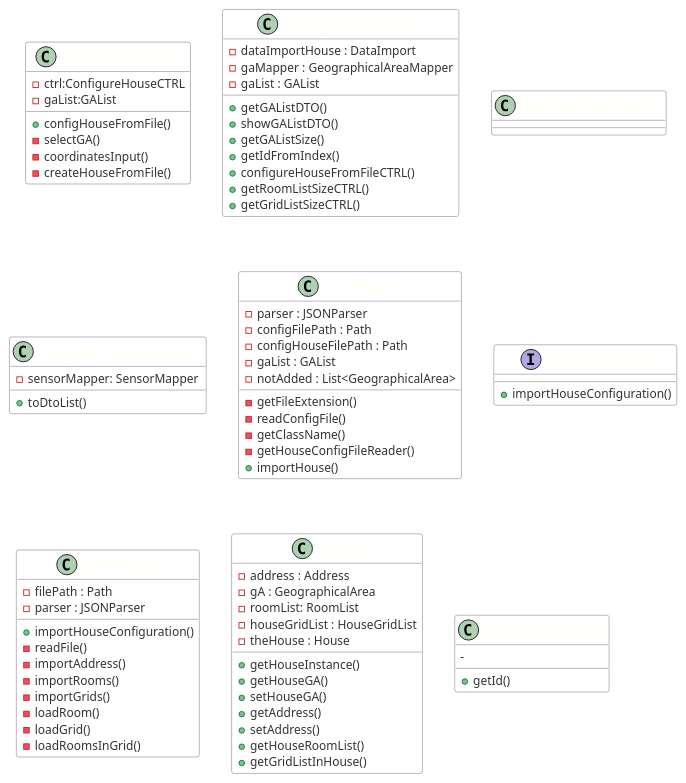
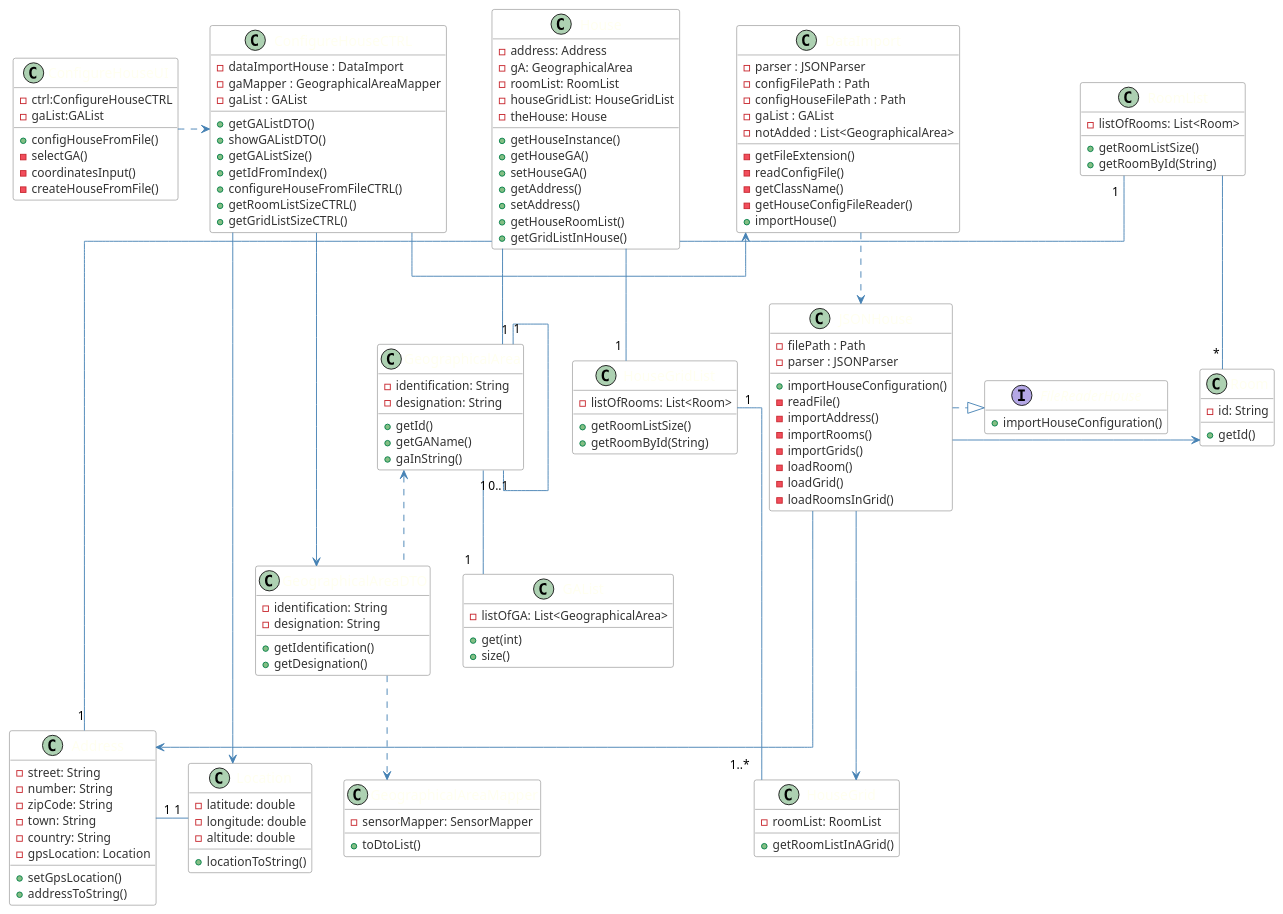
One commit to emanuel-pereira/hou changed the diagram in src/main/java/smarthome/controller/classDiagrams/cd_ConfigureHouseFromFile.puml. Above: the diagram before and after it, drawn with PlantUML. The commit also changed 2 other files, not shown here.

Commit message:
Fix #148: Finished the sequence diagram sd_ConfigureHouseFromFile for US100 Fix #160: Created class diagram cd_ConfigureHouseFromFile for US100

```diff
--- a/src/main/java/smarthome/controller/classDiagrams/cd_ConfigureHouseFromFile.puml
+++ b/src/main/java/smarthome/controller/classDiagrams/cd_ConfigureHouseFromFile.puml
@@ -1,111 +1,187 @@
 @startuml
+skinparam linetype ortho
+hide empty members
 
 skinparam class {
 	ArrowColor SteelBlue
 	BorderColor Dimgray
 	HeaderBackgroundColor SteelBlue
 	BackgroundColor White
 	FontName Calibri bold
 	AttributeFontColor #333
 	AttributeFontName Calibri
 	AttributeFontSize 13
 	FontColor Ivory
 	FontSize 15
 }
 
 'UI
 class ConfigureHouseUI {
 - ctrl:ConfigureHouseCTRL
 - gaList:GAList
 
 + configHouseFromFile()
 - selectGA()
 - coordinatesInput()
 - createHouseFromFile()
 }
 
 'CONTROLLER
 class ConfigureHouseCTRL {
 - dataImportHouse : DataImport
 - gaMapper : GeographicalAreaMapper
 - gaList : GAList
-
 + getGAListDTO()
 + showGAListDTO()
 + getGAListSize()
 + getIdFromIndex()
 + configureHouseFromFileCTRL()
 + getRoomListSizeCTRL()
 + getGridListSizeCTRL()
 }
 
 'DTO
 class GeographicalAreaDTO{
+- identification: String
+- designation: String
++ getIdentification()
++ getDesignation()
 }
 
 'MAPPER
 class GeographicalAreaMapper {
 - sensorMapper: SensorMapper
-
 + toDtoList()
 }
 
 'MODEL.READERS
 class DataImport{
 - parser : JSONParser
 - configFilePath : Path
 - configHouseFilePath : Path
 - gaList : GAList
 - notAdded : List<GeographicalArea>
-
 - getFileExtension()
 - readConfigFile()
 - getClassName()
 - getHouseConfigFileReader()
 + importHouse()
 }
 
 interface FileReaderHouse {
 + importHouseConfiguration()
 }
 
 class JSONHouse {
 - filePath : Path
 - parser : JSONParser
 
 + importHouseConfiguration()
 - readFile()
 - importAddress()
 - importRooms()
 - importGrids()
 - loadRoom()
 - loadGrid()
 - loadRoomsInGrid()
 }
 
 'MODEL
+class GAList{
+- listOfGA: List<GeographicalArea>
++ get(int)
++ size()
+}
+
+class GeographicalArea{
+ - identification: String
+ - designation: String
+ + getId()
+ + getGAName()
+ + gaInString()
+
+ }
+
 class House {
-- address : Address
-- gA : GeographicalArea
+- address: Address
+- gA: GeographicalArea
 - roomList: RoomList
-- houseGridList : HouseGridList
-- theHouse : House
-
+- houseGridList: HouseGridList
+- theHouse: House
 + getHouseInstance()
 + getHouseGA()
 + setHouseGA()
 + getAddress()
 + setAddress()
 + getHouseRoomList()
 + getGridListInHouse()
 }
 
-class GeographicalArea(){
--
+class RoomList {
+- listOfRooms: List<Room>
++ getRoomListSize()
++ getRoomById(String)
+}
 
+class Room{
+- id: String
 + getId()
+}
 
+class HouseGridList {
+- listOfRooms: List<Room>
++ getRoomListSize()
++ getRoomById(String)
+}
+
+class HouseGrid {
+- roomList: RoomList
++ getRoomListInAGrid()
 }
 
 
+ class Address{
+ - street: String
+ - number: String
+ - zipCode: String
+ - town: String
+ - country: String
+ - gpsLocation: Location
++ setGpsLocation()
++ addressToString()
+ }
+
+class Location{
+- latitude: double
+- longitude: double
+- altitude: double
++ locationToString()
+}
+
+ConfigureHouseUI .> ConfigureHouseCTRL
+ConfigureHouseCTRL --> GeographicalAreaDTO
+ConfigureHouseCTRL --> Location
+ConfigureHouseCTRL -> DataImport
+DataImport ..> JSONHouse
+
+GeographicalArea"1" -- "1" GAList
+GeographicalArea "1"-- "0..1"GeographicalArea
+House -- "1" GeographicalArea
+House -- "1" Address
+Address"1" - "1"Location
+
+House - "1" RoomList
+RoomList -- "*" Room
+
+House -- "1"HouseGridList
+HouseGridList "1  " --- "1..*"HouseGrid
+
+GeographicalArea <.. GeographicalAreaDTO
+GeographicalAreaDTO ..> GeographicalAreaMapper
+
+JSONHouse .|> FileReaderHouse
+JSONHouse ---> Address
+JSONHouse -> Room
+JSONHouse --> HouseGrid
+
 @enduml
```
